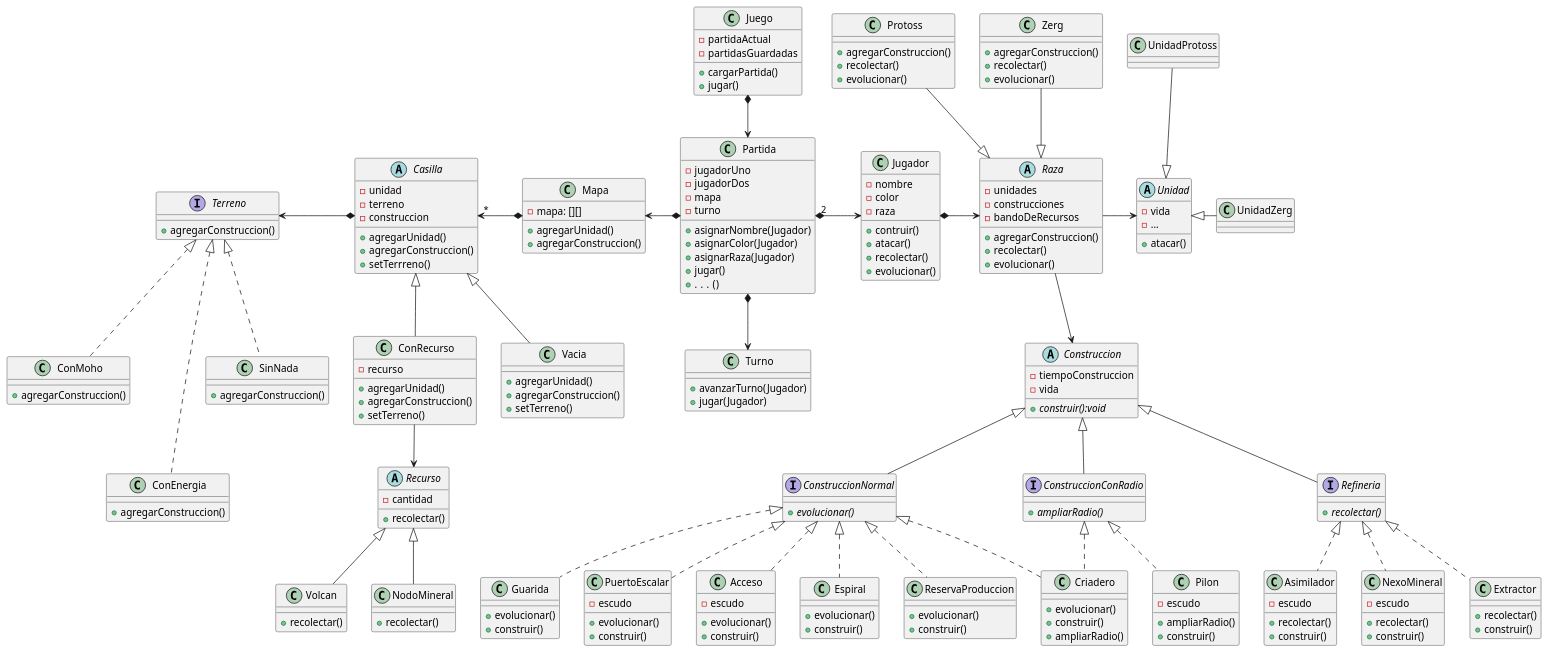
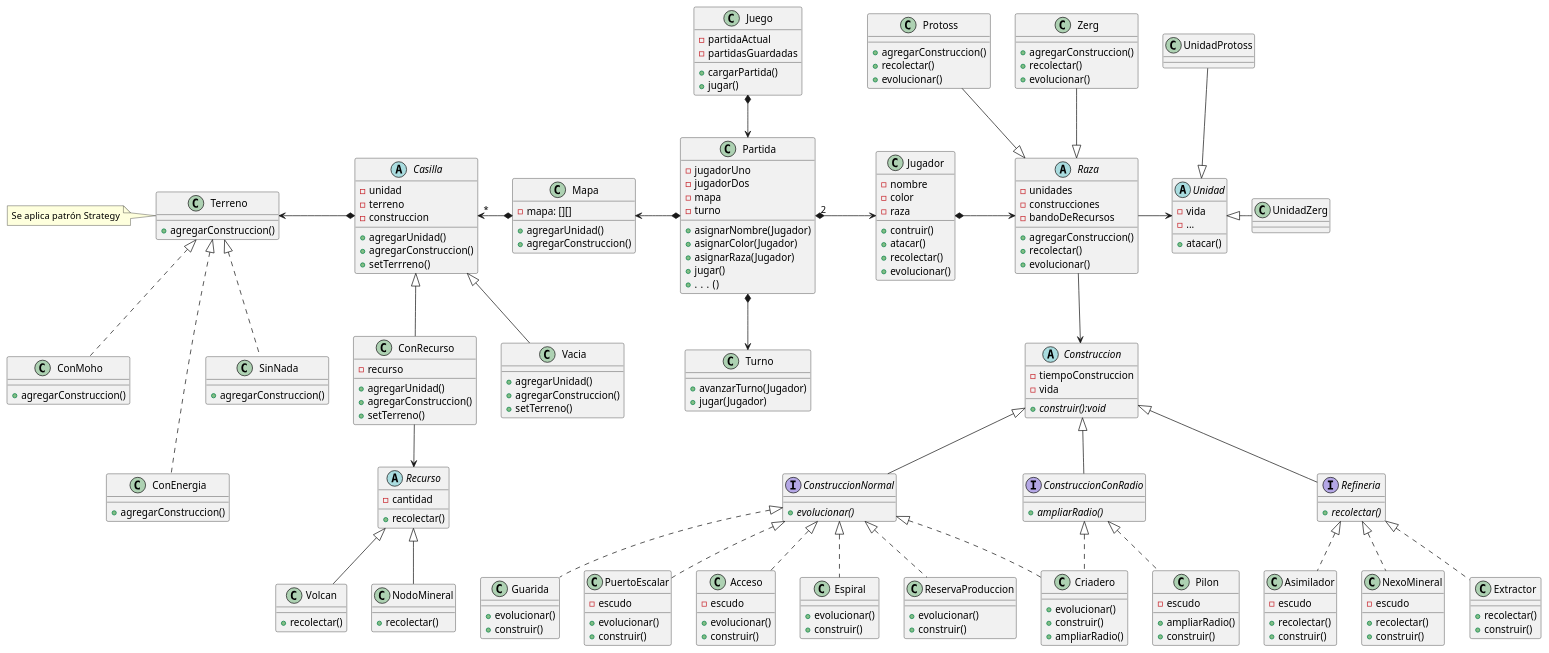
The diagram in diagrams/classes/ModeloGeneralVersion02.puml (GiaWong/Algo3_TP2_2C2022), drawn with PlantUML before and after one commit.

Commit message:
Diagrama de clase actualizado

```diff
--- a/diagrams/classes/ModeloGeneralVersion02.puml
+++ b/diagrams/classes/ModeloGeneralVersion02.puml
@@ -184,6 +184,9 @@
     + agregarConstruccion()
 }
 
+class Terreno
+note left: Se aplica patrón Strategy
+
 class ConMoho {
     + agregarConstruccion()
 }
```
